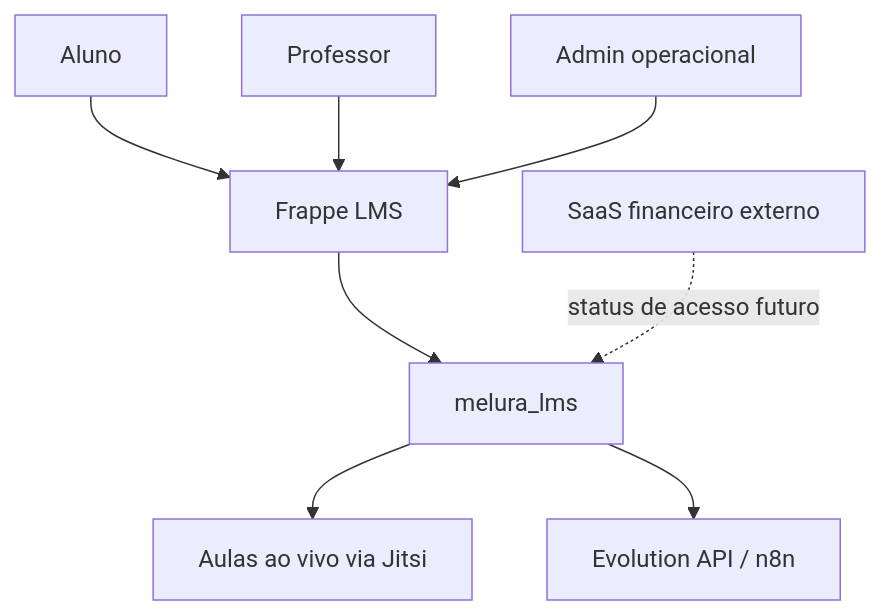
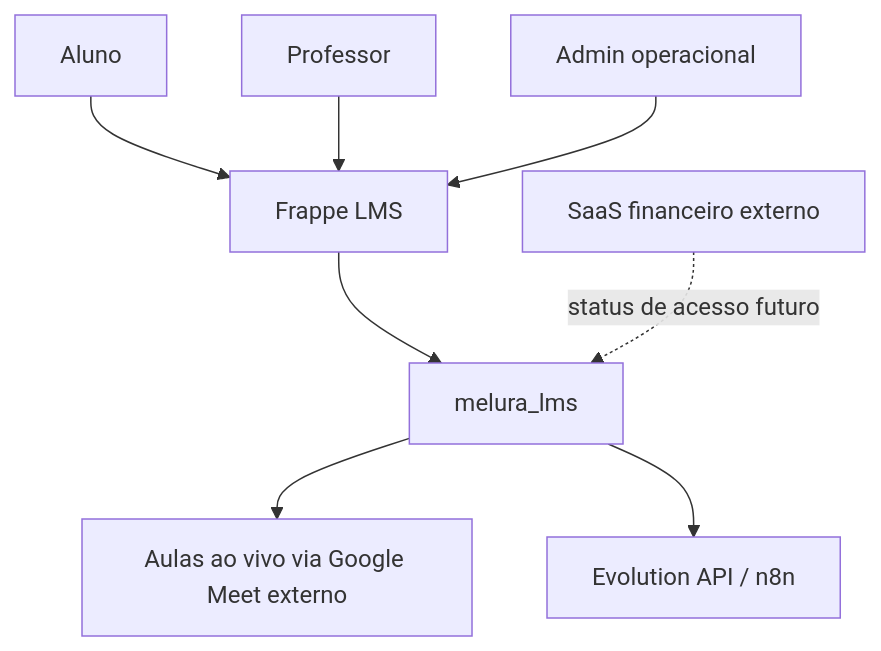
The diagram in README.md (estevao98/melura-lms), drawn with Mermaid before and after one commit. The commit also changed other lines of this file and 69 other files, not shown here.

Commit message:
feat: add google meet automatic live flow

````diff
--- a/README.md
+++ b/README.md
@@ -51,10 +52,10 @@
 ```mermaid
 flowchart TD
   Aluno[Aluno] --> LMS[Frappe LMS]
   Professor[Professor] --> LMS
   Admin[Admin operacional] --> LMS
   LMS --> CustomApp[melura_lms]
-  CustomApp --> Jitsi[Aulas ao vivo via Jitsi]
+  CustomApp --> GoogleMeet[Aulas ao vivo via Google Meet externo]
   CustomApp --> WhatsApp[Evolution API / n8n]
   SaaSExterno[SaaS financeiro externo] -. status de acesso futuro .-> CustomApp
 ```
````
